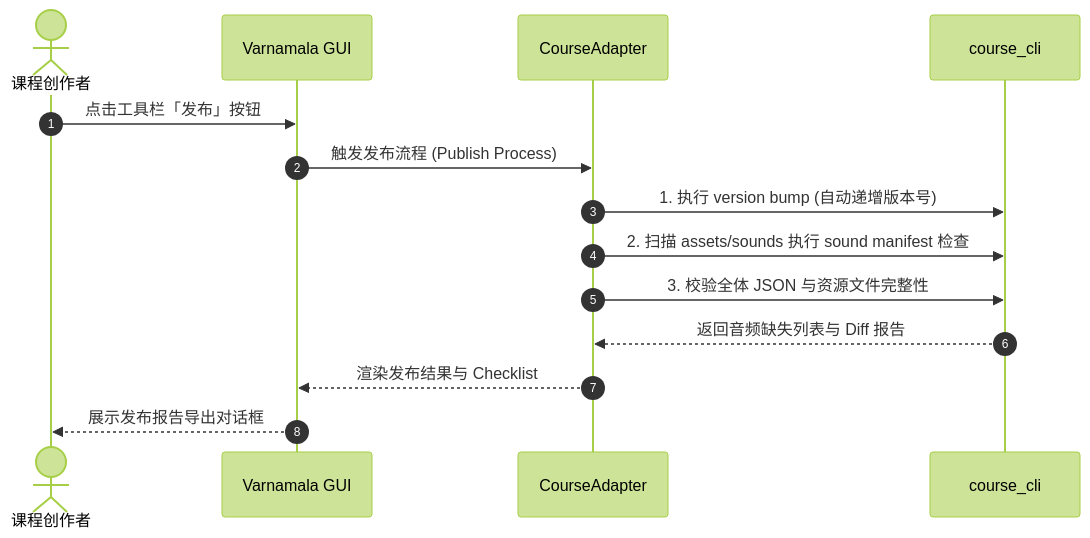
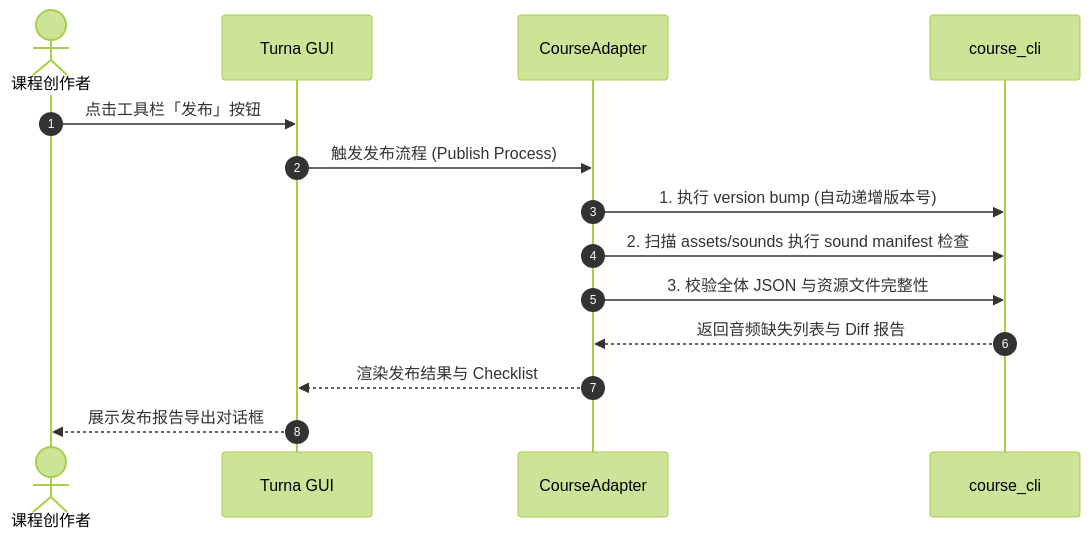
The diagram in tool/gui/README.md (DsDG1/turna), drawn with Mermaid (forest theme) before and after one commit. The commit also changed other lines of this file and 491 other files, not shown here.

````diff
--- a/tool/gui/README.md
+++ b/tool/gui/README.md
@@ -371,17 +371,17 @@
 ```mermaid
 sequenceDiagram
     autonumber
     actor Author as 课程创作者
-    participant GUI as Varnamala GUI
+    participant GUI as Turna GUI
     participant Adapter as CourseAdapter
     participant CLI as course_cli
 
     Author->>GUI: 点击工具栏「发布」按钮
     GUI->>Adapter: 触发发布流程 (Publish Process)
     Adapter->>CLI: 1. 执行 version bump (自动递增版本号)
     Adapter->>CLI: 2. 扫描 assets/sounds 执行 sound manifest 检查
     Adapter->>CLI: 3. 校验全体 JSON 与资源文件完整性
     CLI-->>Adapter: 返回音频缺失列表与 Diff 报告
     Adapter-->>GUI: 渲染发布结果与 Checklist
     GUI-->>Author: 展示发布报告导出对话框
 ```
````
